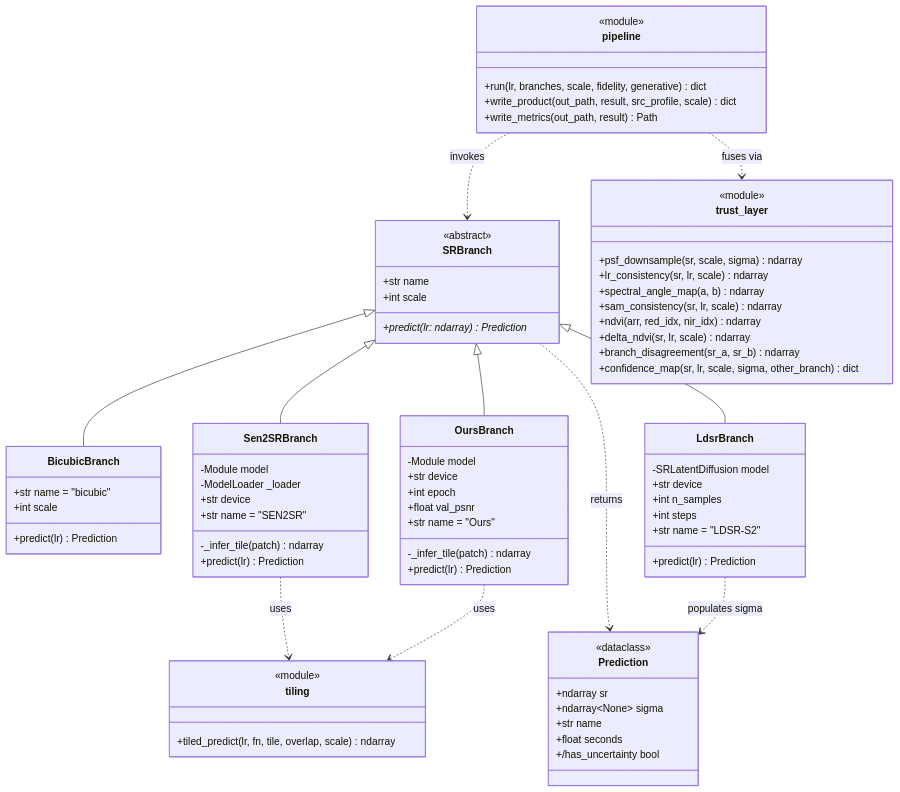
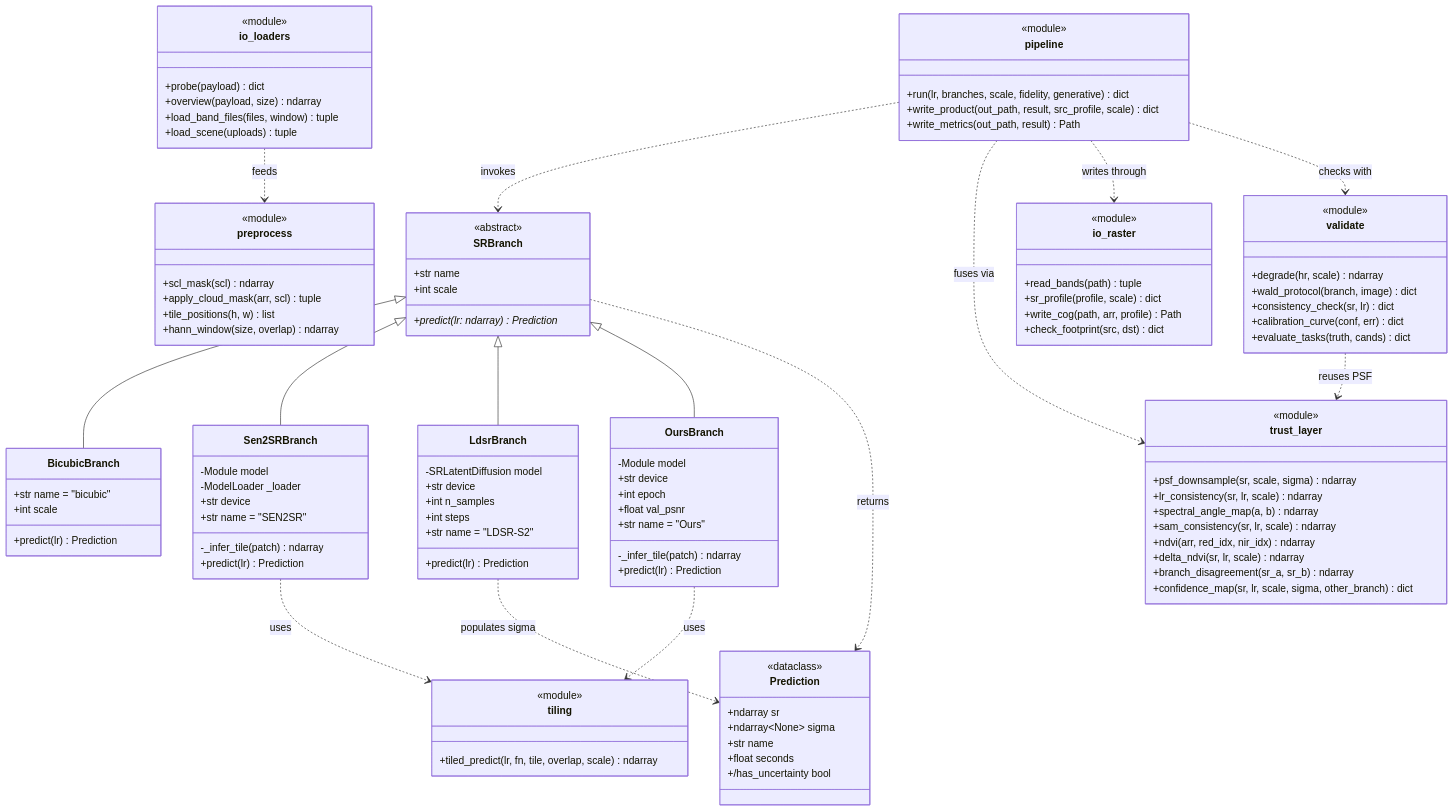
One commit to Vaibhav-Verma2115/sutram-srm changed the second of 8 diagrams in docs/diagrams.md. Above: the diagram before and after it, drawn with Mermaid. The commit also changed other lines of this file, not shown here.

First line of the commit message:
Add activity diagram; update UML and sequence to current code

````diff
--- a/docs/diagrams.md
+++ b/docs/diagrams.md
@@ -138,6 +138,35 @@
         <<module>>
         +tiled_predict(lr, fn, tile, overlap, scale) ndarray
     }
+    class preprocess {
+        <<module>>
+        +scl_mask(scl) ndarray
+        +apply_cloud_mask(arr, scl) tuple
+        +tile_positions(h, w) list
+        +hann_window(size, overlap) ndarray
+    }
+    class io_loaders {
+        <<module>>
+        +probe(payload) dict
+        +overview(payload, size) ndarray
+        +load_band_files(files, window) tuple
+        +load_scene(uploads) tuple
+    }
+    class io_raster {
+        <<module>>
+        +read_bands(path) tuple
+        +sr_profile(profile, scale) dict
+        +write_cog(path, arr, profile) Path
+        +check_footprint(src, dst) dict
+    }
+    class validate {
+        <<module>>
+        +degrade(hr, scale) ndarray
+        +wald_protocol(branch, image) dict
+        +consistency_check(sr, lr) dict
+        +calibration_curve(conf, err) dict
+        +evaluate_tasks(truth, cands) dict
+    }
 
     SRBranch <|-- BicubicBranch
     SRBranch <|-- Sen2SRBranch
@@ -149,4 +178,8 @@
     pipeline ..> trust_layer : fuses via
     Sen2SRBranch ..> tiling : uses
     OursBranch ..> tiling : uses
+    pipeline ..> io_raster : writes through
+    pipeline ..> validate : checks with
+    io_loaders ..> preprocess : feeds
+    validate ..> trust_layer : reuses PSF
 ```
````
